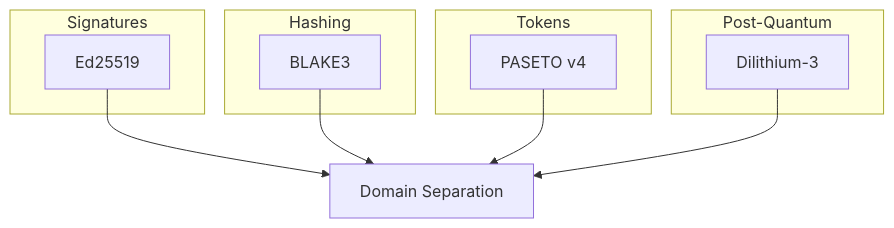
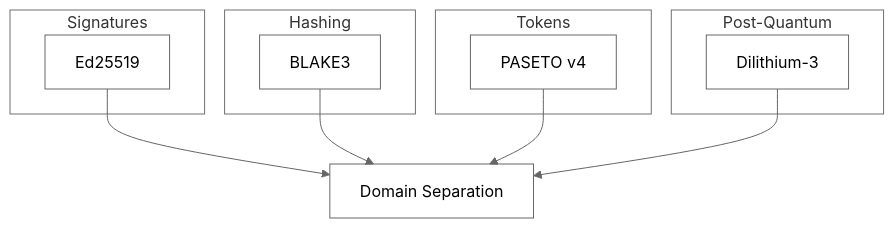
Before and after one commit to trustorno/sigaid: the seventh of 7 diagrams in README.md, drawn with Mermaid. The commit also changed other lines of this file, not shown here.

Commit message:
Transparent boxes in diagrams

````diff
--- a/README.md
+++ b/README.md
@@ -160,20 +200,27 @@
 ```mermaid
+%%{init: {'theme': 'neutral', 'themeVariables': { 'mainBkg': 'transparent', 'clusterBkg': 'transparent'}}}%%
 graph TB
     subgraph Signatures
         ED[Ed25519]
     end
 
     subgraph Hashing
         BL[BLAKE3]
     end
 
     subgraph Tokens
         PA[PASETO v4]
     end
 
     subgraph Post-Quantum
         DI[Dilithium-3]
     end
 
     ED & BL & PA & DI --> DS[Domain Separation]
+
+    style ED fill:none,stroke:#666
+    style BL fill:none,stroke:#666
+    style PA fill:none,stroke:#666
+    style DI fill:none,stroke:#666
+    style DS fill:none,stroke:#666
 ```
````
